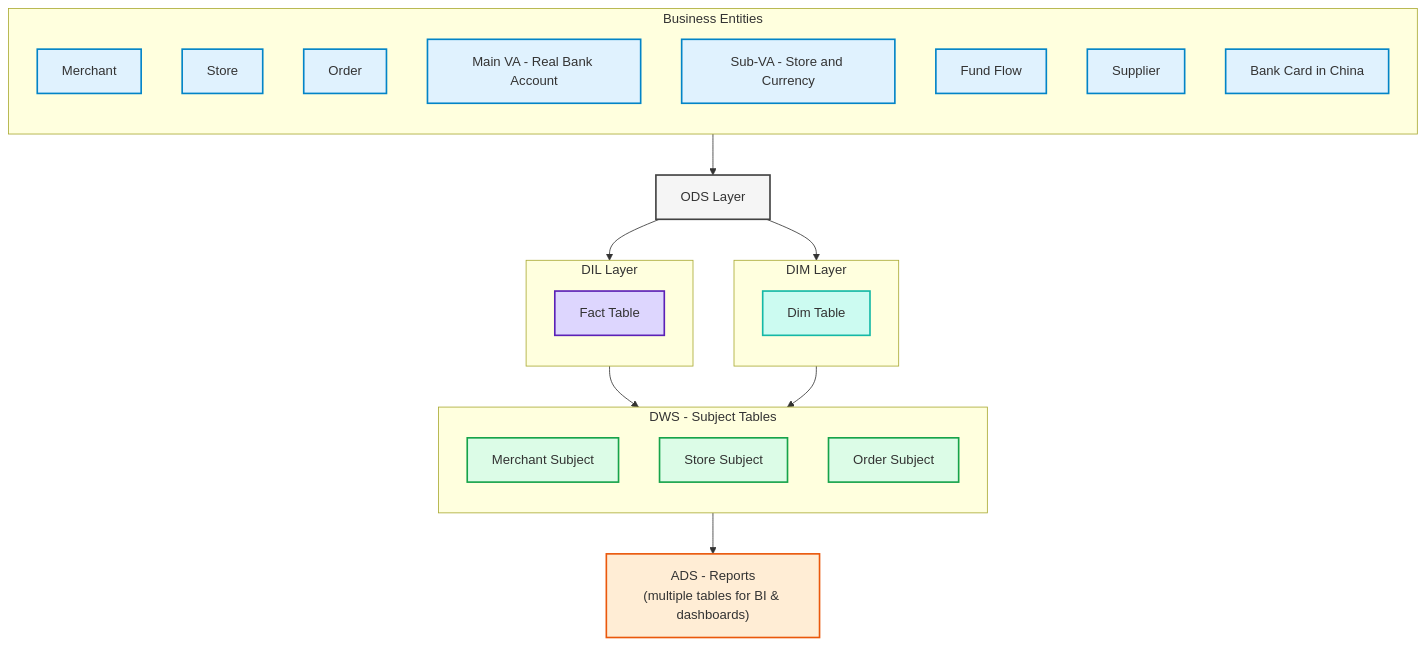
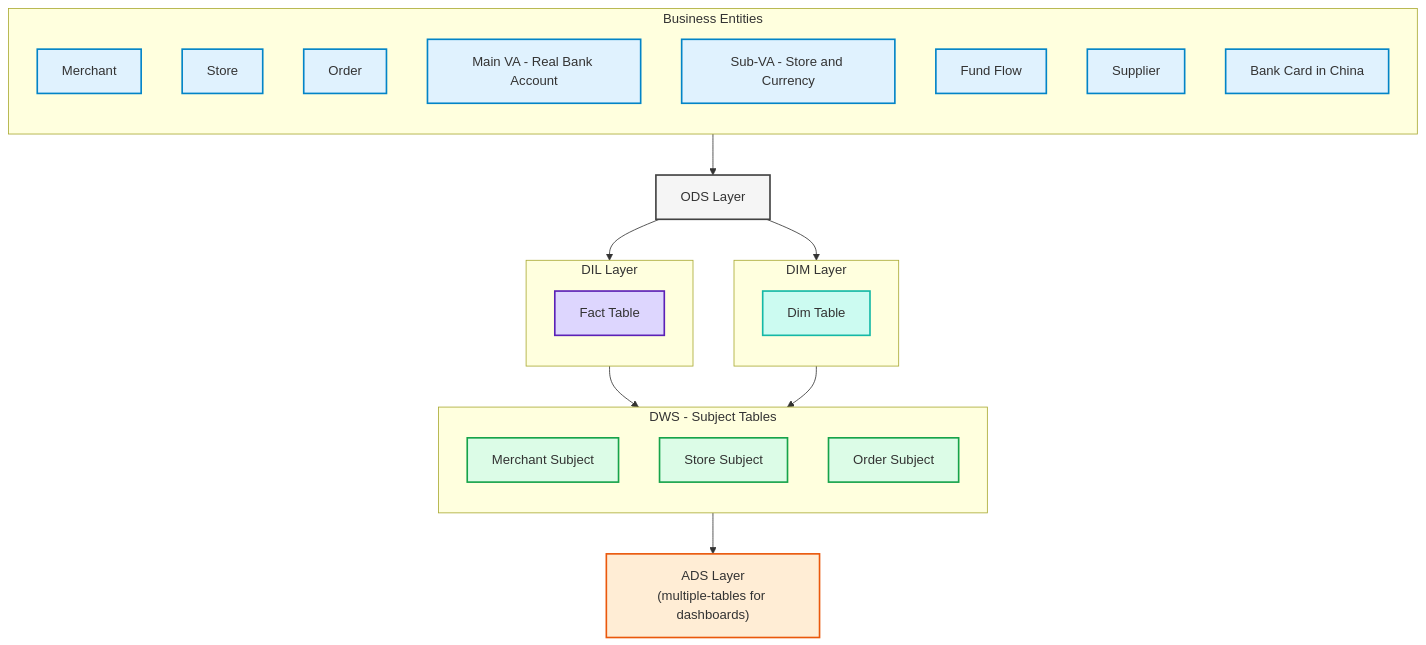
Before and after one commit to blaire101/data-warehouse-solutions: the diagram in DW-QA.md, drawn with Mermaid.

````diff
--- a/DW-QA.md
+++ b/DW-QA.md
@@ -25,58 +25,58 @@
 ```mermaid
 flowchart TB
   %% ============ Business Entities ============
   subgraph BIZ["Business Entities"]
     direction TB
     M[Merchant]:::biz
     S[Store]:::biz
     O[Order]:::biz
     VAM[Main VA - Real Bank Account]:::biz
     VAS[Sub-VA - Store and Currency]:::biz
     FF[Fund Flow]:::biz
     SUP[Supplier]:::biz
     CNBK[Bank Card in China]:::biz
   end
 
   %% ============ ODS ============
   ODS[ODS Layer]:::ods
 
   %% ============ DIL ============
   subgraph DIL["DIL Layer"]
     direction TB
     FACT[Fact Table]:::fact
   end
 
   %% ============ DIM ============
   subgraph DIM["DIM Layer"]
     direction TB
     DIM_T[Dim Table]:::dim
   end
 
   %% ============ DWS ============
   subgraph DWS["DWS - Subject Tables"]
     direction TB
     DWS_M[Merchant Subject]:::dws
     DWS_S[Store Subject]:::dws
     DWS_O[Order Subject]:::dws
   end
 
   %% ============ ADS ============
-  ADS["ADS - Reports<br>(multiple tables for BI & dashboards)"]:::ads
+  ADS["ADS Layer<br>(multiple-tables for dashboards)"]:::ads
 
   %% ============ Mappings ============
   BIZ-->ODS
   ODS-->DIL
   ODS-->DIM
   DIL-->DWS
   DIM-->DWS
   DWS-->ADS
 
   %% ============ Styles ============
   classDef biz fill:#e0f2fe,stroke:#0284c7,stroke-width:2px,color:#075985;   %% light blue
   classDef ods fill:#f5f5f5,stroke:#424242,stroke-width:2px,color:#212121;   %% gray
   classDef dil fill:#ede9fe,stroke:#7c3aed,stroke-width:2px,color:#4c1d95;   %% purple
   classDef fact fill:#ddd6fe,stroke:#5b21b6,stroke-width:2px,color:#3730a3; %% darker purple
   classDef dim fill:#ccfbf1,stroke:#14b8a6,stroke-width:2px,color:#0f766e;  %% teal
   classDef dws fill:#dcfce7,stroke:#16a34a,stroke-width:2px,color:#166534;  %% green
   classDef ads fill:#ffedd5,stroke:#ea580c,stroke-width:2px,color:#7c2d12;  %% orange
 ```
````
